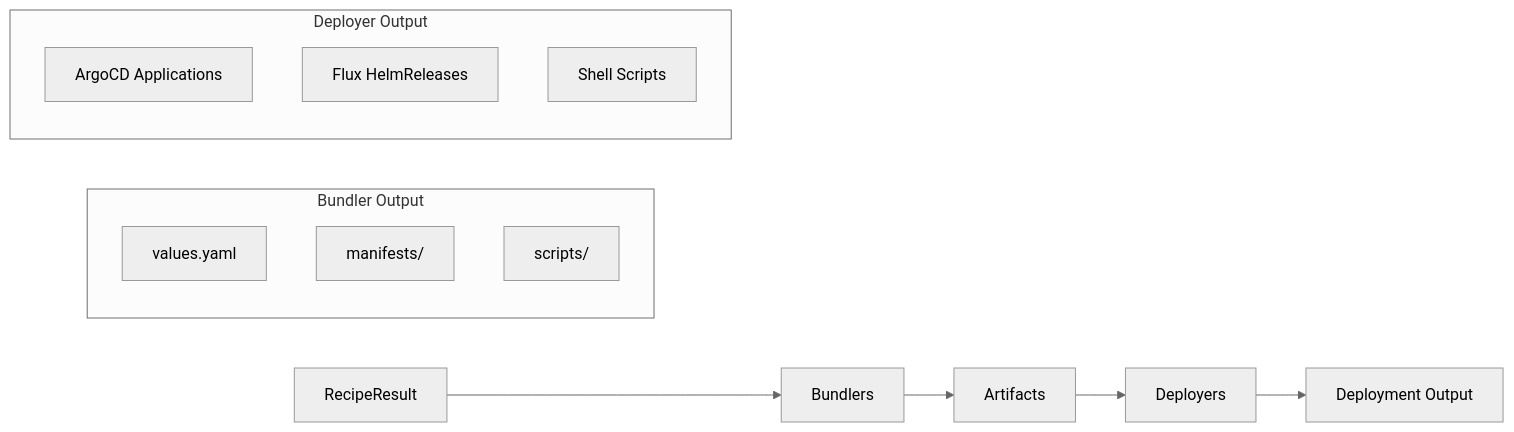
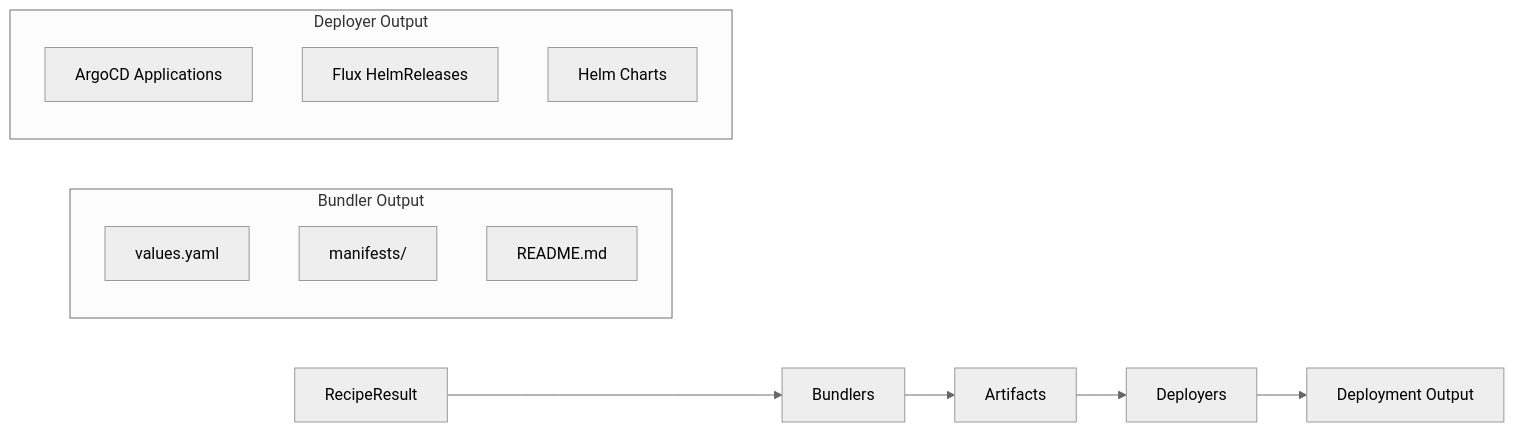
Before and after one commit to yuanchen8911/cloud-native-stack: the diagram in docs/architecture/component.md, drawn with Mermaid (neutral theme). The commit also changed other lines of this file and 14 other files, not shown here.

````diff
--- a/docs/architecture/component.md
+++ b/docs/architecture/component.md
@@ -381,19 +333,19 @@
 ```mermaid
 flowchart LR
     R[RecipeResult] --> B[Bundlers]
     B --> A[Artifacts]
     A --> D[Deployers]
     D --> O[Deployment Output]
-    
+
     subgraph "Bundler Output"
         A1[values.yaml]
         A2[manifests/]
-        A3[scripts/]
+        A3[README.md]
     end
-    
+
     subgraph "Deployer Output"
         O1[ArgoCD Applications]
         O2[Flux HelmReleases]
-        O3[Shell Scripts]
+        O3[Helm Charts]
     end
 ```
````
